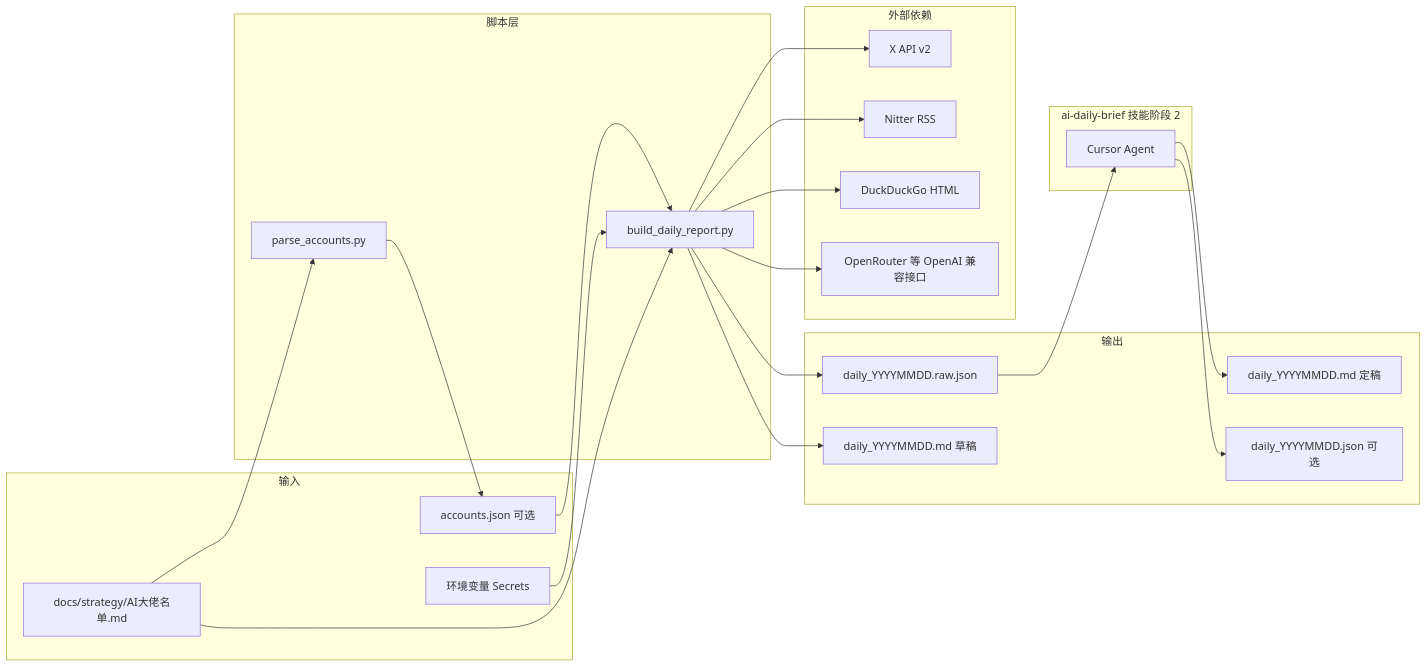
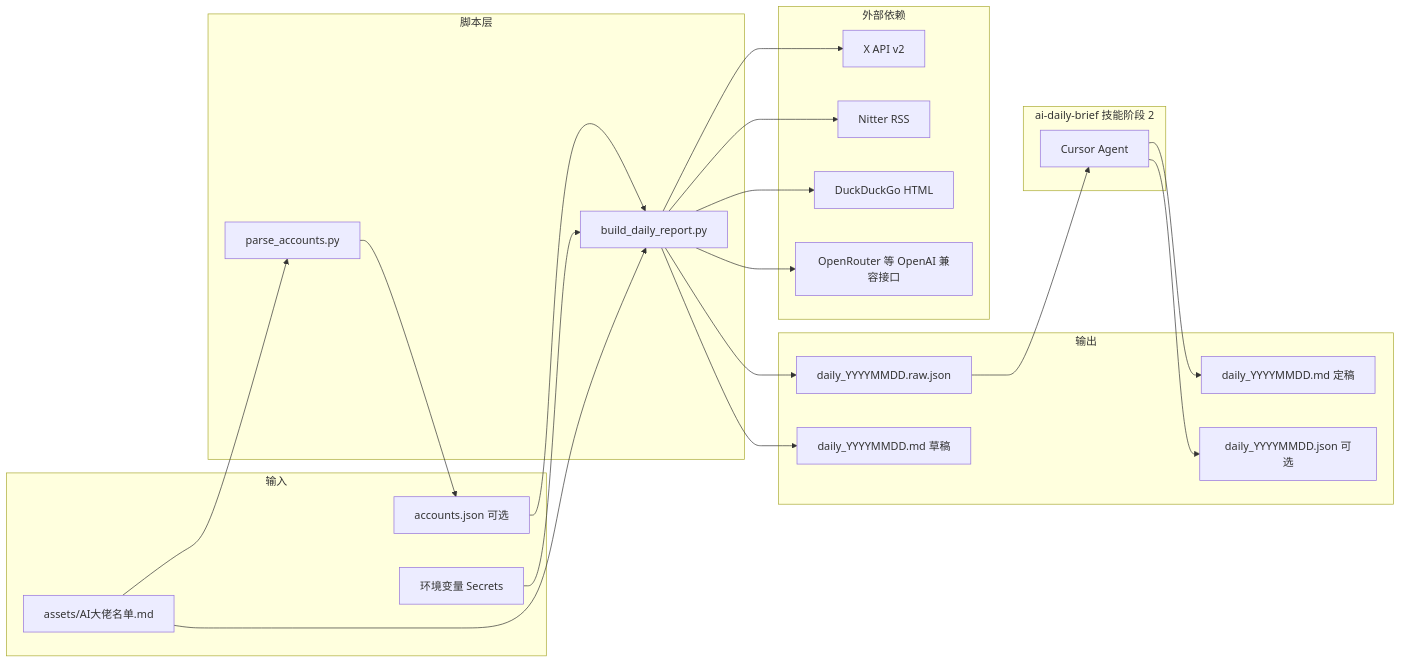
The diagram in skills/ai-daily-brief/references/implementation.md (chengkj99/kj-skills), drawn with Mermaid before and after one commit. The commit also changed other lines of this file and 1 other file, not shown here.

Commit message:
fix: 更新 AI大佬名单路径为 assets 目录

````diff
--- a/skills/ai-daily-brief/references/implementation.md
+++ b/skills/ai-daily-brief/references/implementation.md
@@ -24,41 +24,41 @@
 ```mermaid
 flowchart LR
   subgraph inputs [输入]
-    MD[docs/strategy/AI大佬名单.md]
+    MD[assets/AI大佬名单.md]
     ACC[accounts.json 可选]
     ENV[环境变量 Secrets]
   end
   subgraph scripts [脚本层]
     PA[parse_accounts.py]
     BR[build_daily_report.py]
   end
   subgraph external [外部依赖]
     XAPI[X API v2]
     NIT[Nitter RSS]
     DDG[DuckDuckGo HTML]
     LLM[OpenRouter 等 OpenAI 兼容接口]
   end
   subgraph outputs [输出]
     RAW[daily_YYYYMMDD.raw.json]
     DRAFT[daily_YYYYMMDD.md 草稿]
     OUTMD[daily_YYYYMMDD.md 定稿]
     OUTJSON[daily_YYYYMMDD.json 可选]
   end
   subgraph skill [ai-daily-brief 技能阶段 2]
     AGENT[Cursor Agent]
   end
   MD --> PA
   PA --> ACC
   MD --> BR
   ACC --> BR
   ENV --> BR
   BR --> XAPI
   BR --> NIT
   BR --> DDG
   BR --> LLM
   BR --> RAW
   BR --> DRAFT
   RAW --> AGENT
   AGENT --> OUTMD
   AGENT --> OUTJSON
 ```
````
